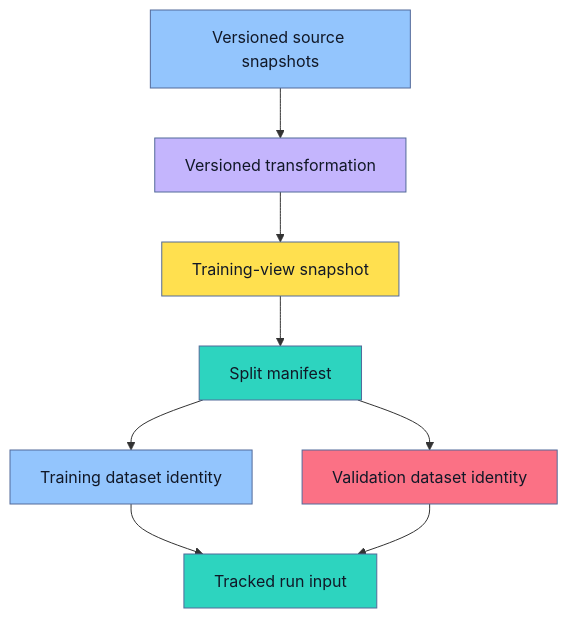
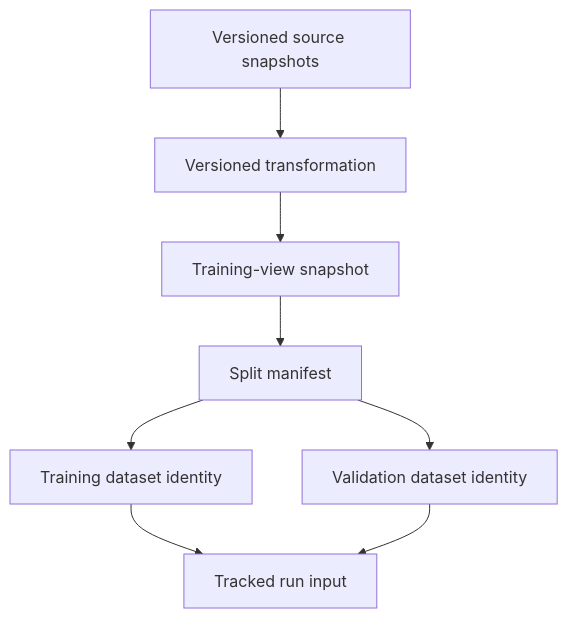
Before and after one commit to senlinyy/dev-roadmaps: the fifth of 9 diagrams in roadmaps/mlops/modules/experiments-and-reproducibility/experiment-tracking/01-reproducible-ml-experiments.md, drawn with Mermaid. The commit also changed other lines of this file and 152 other files, not shown here.

Commit message:
feat: mlops and diagrams updated

````diff
--- a/roadmaps/mlops/modules/experiments-and-reproducibility/experiment-tracking/01-reproducible-ml-experiments.md
+++ b/roadmaps/mlops/modules/experiments-and-reproducibility/experiment-tracking/01-reproducible-ml-experiments.md
@@ -191,18 +191,18 @@
 ```mermaid
 flowchart TD
     A["Versioned source snapshots"] --> B["Versioned transformation"]
     B --> C["Training-view snapshot"]
     C --> D["Split manifest"]
     D --> E["Training dataset identity"]
     D --> F["Validation dataset identity"]
     E --> G["Tracked run input"]
     F --> G
 
-    style A fill:#93C5FD,stroke:#536A9A,color:#111827
-    style B fill:#C4B5FD,stroke:#536A9A,color:#111827
-    style C fill:#FFE04F,stroke:#536A9A,color:#111827
-    style D fill:#2DD4BF,stroke:#536A9A,color:#111827
-    style E fill:#93C5FD,stroke:#536A9A,color:#111827
-    style F fill:#FB7185,stroke:#536A9A,color:#111827
-    style G fill:#2DD4BF,stroke:#536A9A,color:#111827
+    class A dp-mermaid-primary
+    class B dp-mermaid-secondary
+    class C dp-mermaid-tertiary
+    class D dp-mermaid-quaternary
+    class E dp-mermaid-primary
+    class F dp-mermaid-primary
+    class G dp-mermaid-quaternary
 ```
````
